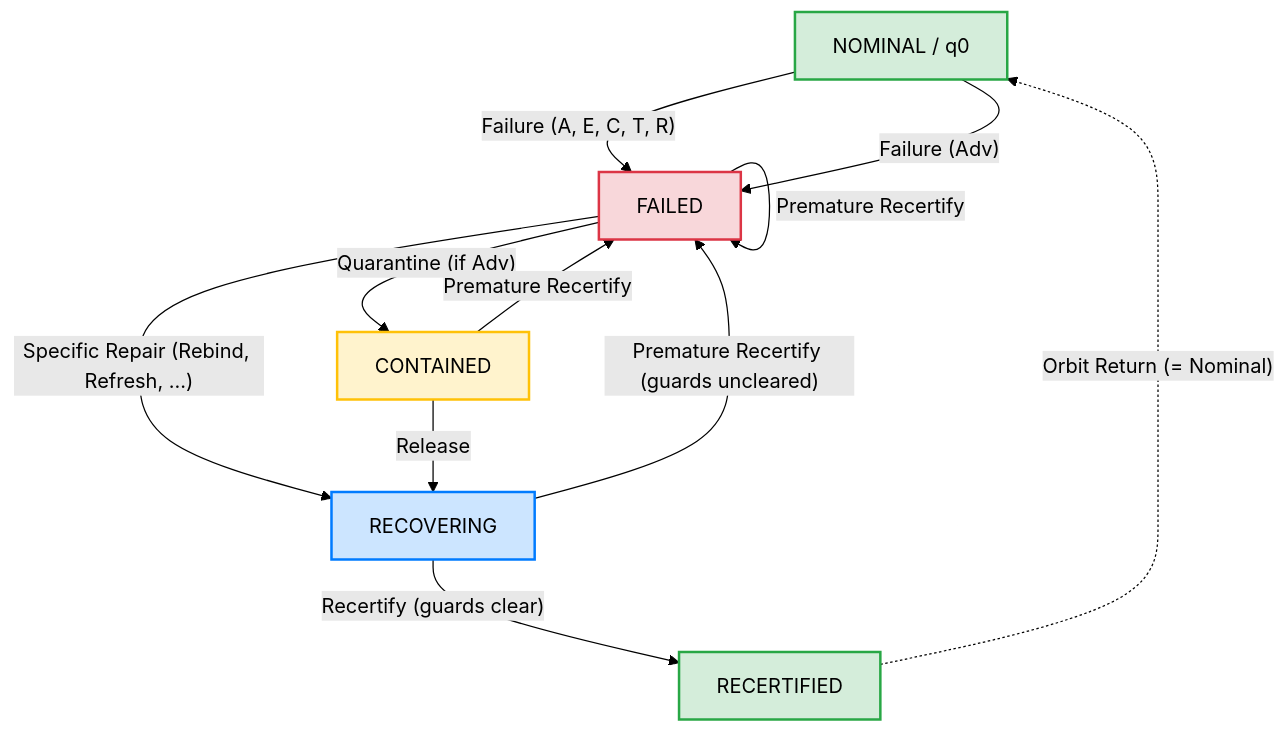
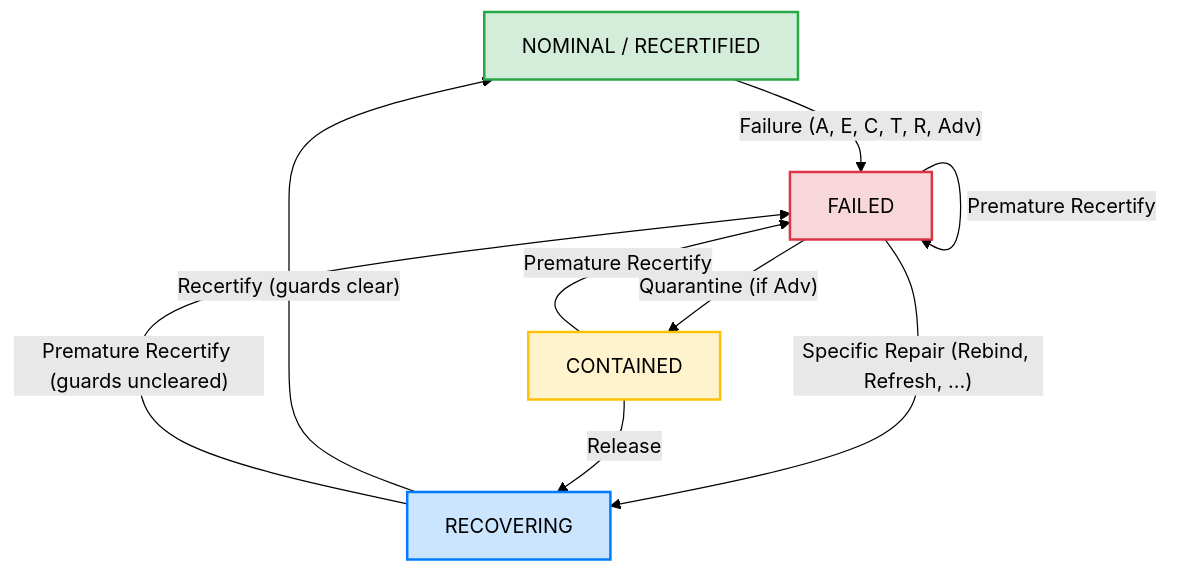
Before and after one commit to NB11B/UoW-v3: the first of 2 diagrams in docs/JEV_LIFECYCLE_GRAMMAR_EXPERIMENT.md, drawn with Mermaid (forest theme). The commit also changed other lines of this file and 4 other files, not shown here.

````diff
--- a/docs/JEV_LIFECYCLE_GRAMMAR_EXPERIMENT.md
+++ b/docs/JEV_LIFECYCLE_GRAMMAR_EXPERIMENT.md
@@ -71,33 +109,28 @@
 ```mermaid
 flowchart TD
-    NOM[NOMINAL / q0]
+    NOM[NOMINAL / RECERTIFIED]
     FAIL[FAILED]
     CONT[CONTAINED]
     RECOV[RECOVERING]
-    RECERT[RECERTIFIED]
 
-    NOM -- "Failure (A, E, C, T, R)" --> FAIL
-    NOM -- "Failure (Adv)" --> FAIL
-
+    NOM -- "Failure (A, E, C, T, R, Adv)" --> FAIL
     FAIL -- "Specific Repair (Rebind, Refresh, ...)" --> RECOV
     FAIL -- "Quarantine (if Adv)" --> CONT
     FAIL -- "Premature Recertify" --> FAIL
 
     CONT -- "Release" --> RECOV
     CONT -- "Premature Recertify" --> FAIL
 
-    RECOV -- "Recertify (guards clear)" --> RECERT
+    RECOV -- "Recertify (guards clear)" --> NOM
     RECOV -- "Premature Recertify (guards uncleared)" --> FAIL
-
-    RECERT -. "Orbit Return (= Nominal)" .-> NOM
 
     classDef nominalStyle fill:#d4edda,stroke:#28a745,stroke-width:2px;
     classDef failStyle fill:#f8d7da,stroke:#dc3545,stroke-width:2px;
     classDef containStyle fill:#fff3cd,stroke:#ffc107,stroke-width:2px;
     classDef recovStyle fill:#cce5ff,stroke:#007bff,stroke-width:2px;
 
-    class NOM,RECERT nominalStyle;
+    class NOM nominalStyle;
     class FAIL failStyle;
     class CONT containStyle;
     class RECOV recovStyle;
 ```
````
